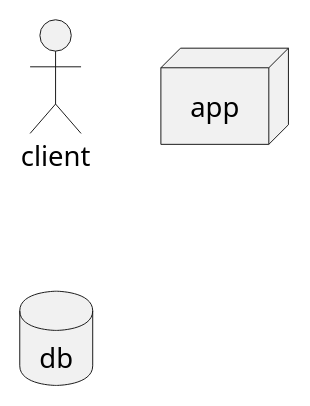
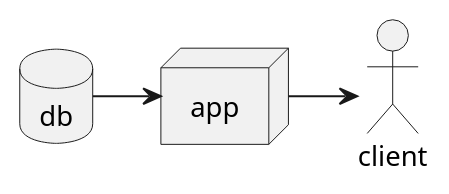
One commit to vulcain65/tbm changed the diagram in README.md. Above: the diagram before and after it, drawn with PlantUML. The commit also changed other lines of this file, not shown here.

````diff
--- a/README.md
+++ b/README.md
@@ -5,6 +5,9 @@
 ```plantuml
 @startuml
 actor client
 node app
 database db
+db -> app
+app -> client
+@enduml
 ```
````
